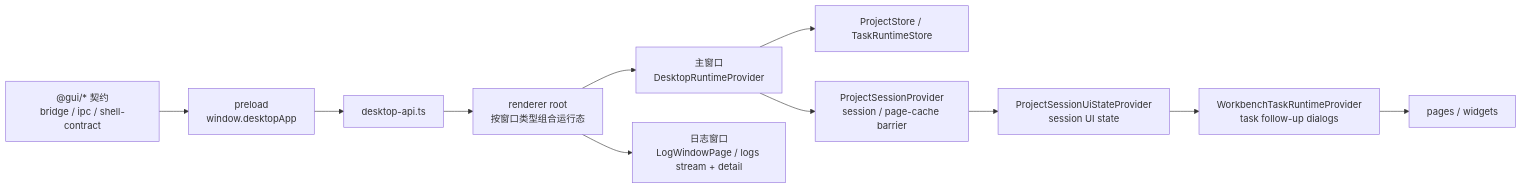
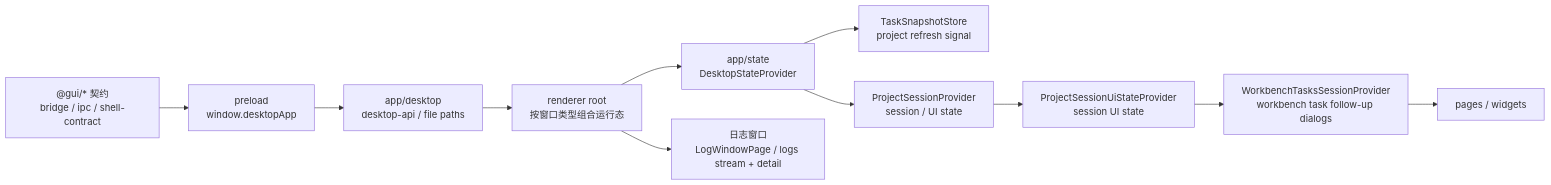
One commit to neavo/LinguaGacha changed the diagram in docs/FRONTEND.md. Above: the diagram before and after it, drawn with Mermaid. The commit also changed other lines of this file and 1235 other files, not shown here.

````diff
--- a/docs/FRONTEND.md
+++ b/docs/FRONTEND.md
@@ -7,13 +7,13 @@
 ```mermaid
 flowchart LR
   Contract["@gui/* 契约<br/>bridge / ipc / shell-contract"] --> Preload["preload<br/>window.desktopApp"]
-  Preload --> API["desktop-api.ts"]
+  Preload --> API["app/desktop<br/>desktop-api / file paths"]
   API --> Root["renderer root<br/>按窗口类型组合运行态"]
-  Root --> Runtime["主窗口<br/>DesktopRuntimeProvider"]
+  Root --> Runtime["app/state<br/>DesktopStateProvider"]
   Root --> Logs["日志窗口<br/>LogWindowPage / logs stream + detail"]
-  Runtime --> Store["ProjectStore / TaskRuntimeStore"]
-  Runtime --> Session["ProjectSessionProvider<br/>session / page-cache barrier"]
+  Runtime --> Store["TaskSnapshotStore<br/>project refresh signal"]
+  Runtime --> Session["ProjectSessionProvider<br/>session / UI state"]
   Session --> SessionUiState["ProjectSessionUiStateProvider<br/>session UI state"]
-  SessionUiState --> Followup["WorkbenchTaskRuntimeProvider<br/>task follow-up dialogs"]
+  SessionUiState --> Followup["WorkbenchTasksSessionProvider<br/>workbench task follow-up dialogs"]
   Followup --> Pages["pages / widgets"]
 ```
````
